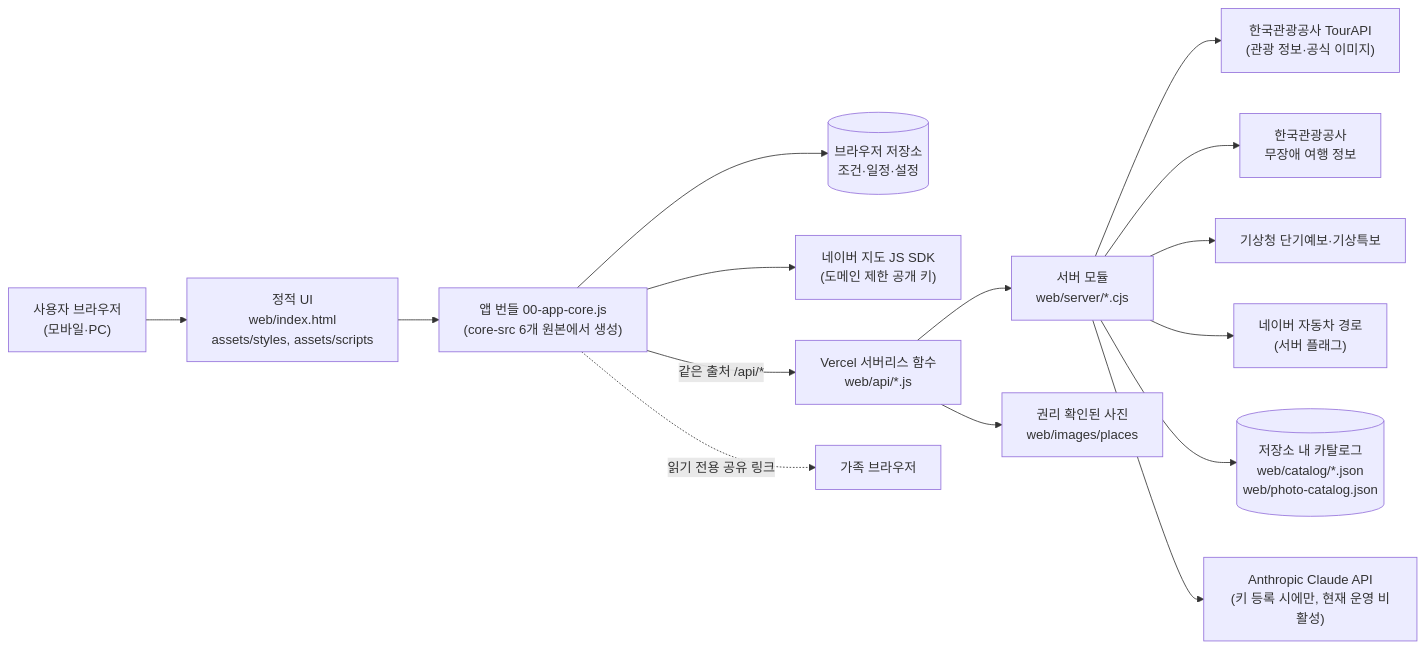
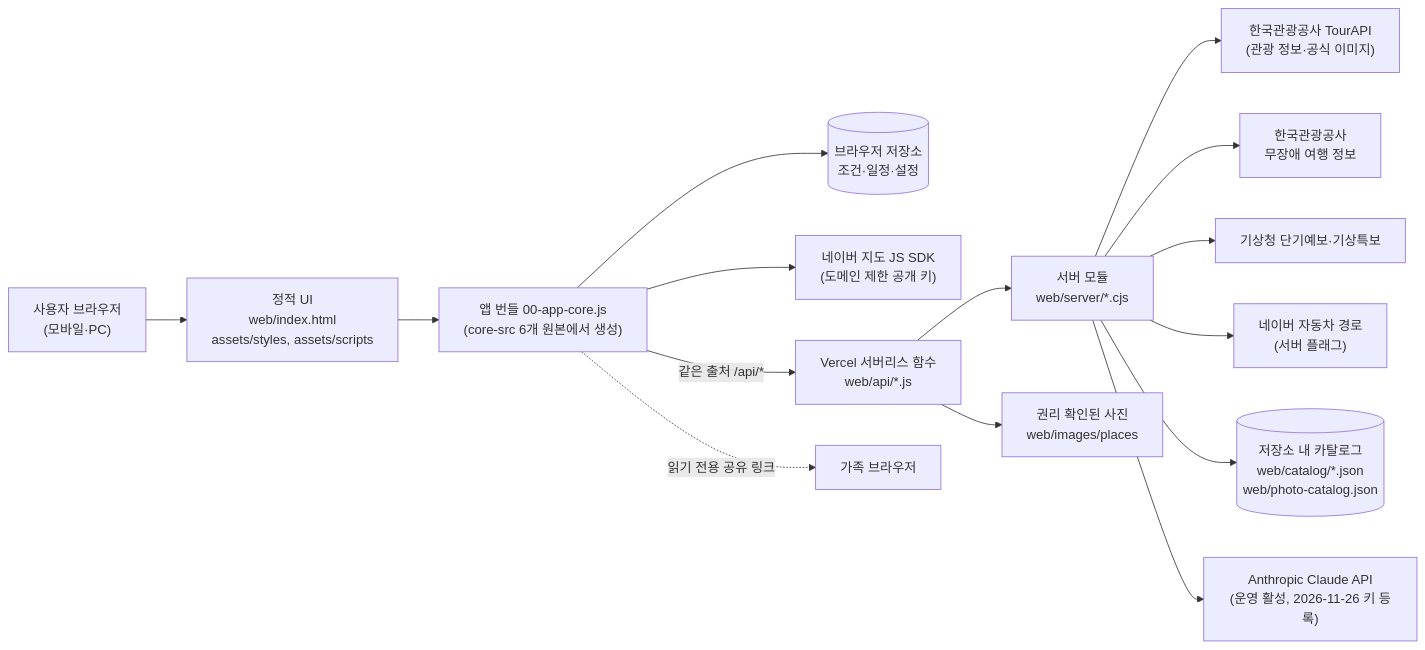
One commit to jihyuntesting-boop/hamkkebom2 changed the first of 3 diagrams in docs/ARCHITECTURE.md. Above: the diagram before and after it, drawn with Mermaid. The commit also changed other lines of this file and 6 other files, not shown here.

````diff
--- a/docs/ARCHITECTURE.md
+++ b/docs/ARCHITECTURE.md
@@ -7,17 +7,17 @@
 ```mermaid
 flowchart LR
   U["사용자 브라우저<br/>(모바일·PC)"] --> UI["정적 UI<br/>web/index.html<br/>assets/styles, assets/scripts"]
   UI --> B["앱 번들 00-app-core.js<br/>(core-src 6개 원본에서 생성)"]
   B --> LS[("브라우저 저장소<br/>조건·일정·설정")]
   B --> NM["네이버 지도 JS SDK<br/>(도메인 제한 공개 키)"]
   B -->|"같은 출처 /api/*"| API["Vercel 서버리스 함수<br/>web/api/*.js"]
   API --> SRV["서버 모듈<br/>web/server/*.cjs"]
   SRV --> T["한국관광공사 TourAPI<br/>(관광 정보·공식 이미지)"]
   SRV --> A["한국관광공사<br/>무장애 여행 정보"]
   SRV --> K["기상청 단기예보·기상특보"]
   SRV --> N["네이버 자동차 경로<br/>(서버 플래그)"]
   SRV --> C[("저장소 내 카탈로그<br/>web/catalog/*.json<br/>web/photo-catalog.json")]
   API --> P["권리 확인된 사진<br/>web/images/places"]
   B -.->|"읽기 전용 공유 링크"| F["가족 브라우저"]
-  SRV --> AI["Anthropic Claude API<br/>(키 등록 시에만, 현재 운영 비활성)"]
+  SRV --> AI["Anthropic Claude API<br/>(운영 활성, 2026-11-26 키 등록)"]
 ```
````
